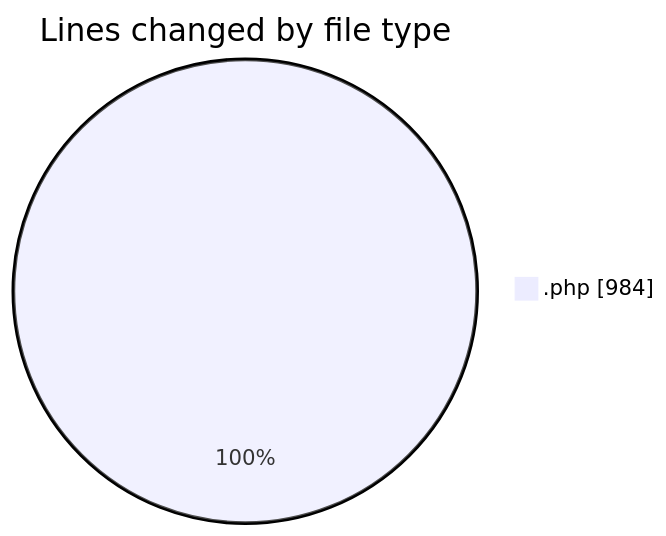
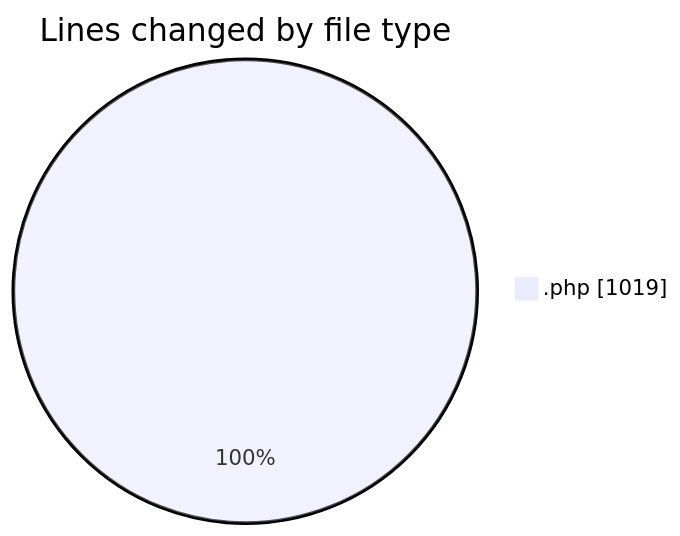
The first of 2 diagrams in 2025-09-25/plugins/README.md (debugP/code-tracking), drawn with Mermaid before and after one commit. The commit also changed other lines of this file and 1 other file, not shown here.

````diff
--- a/2025-09-25/plugins/README.md
+++ b/2025-09-25/plugins/README.md
@@ -20,5 +20,5 @@
 ```mermaid
 pie showData
 title Lines changed by file type
-".php" : 984
+".php" : 1019
 ```
````
